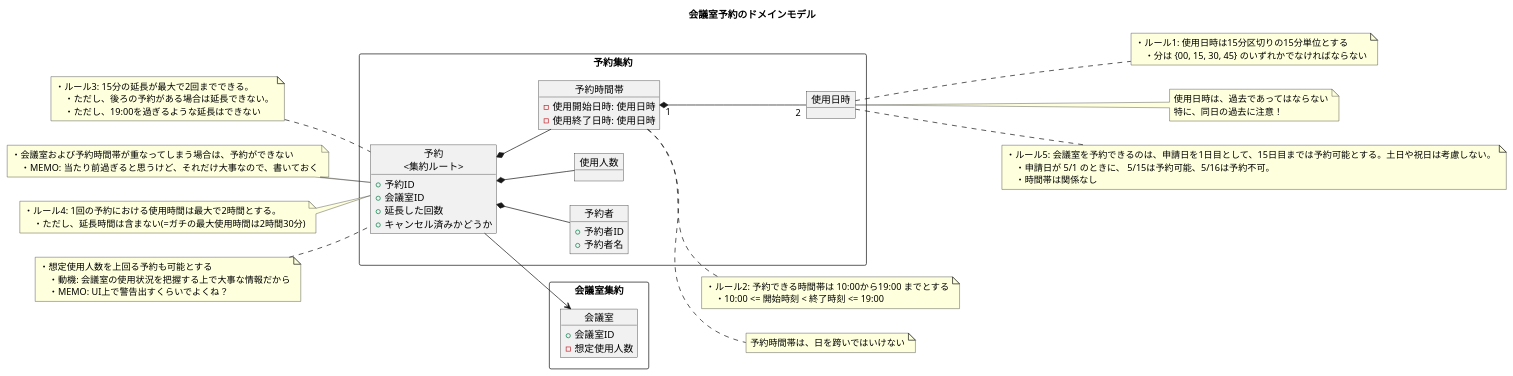
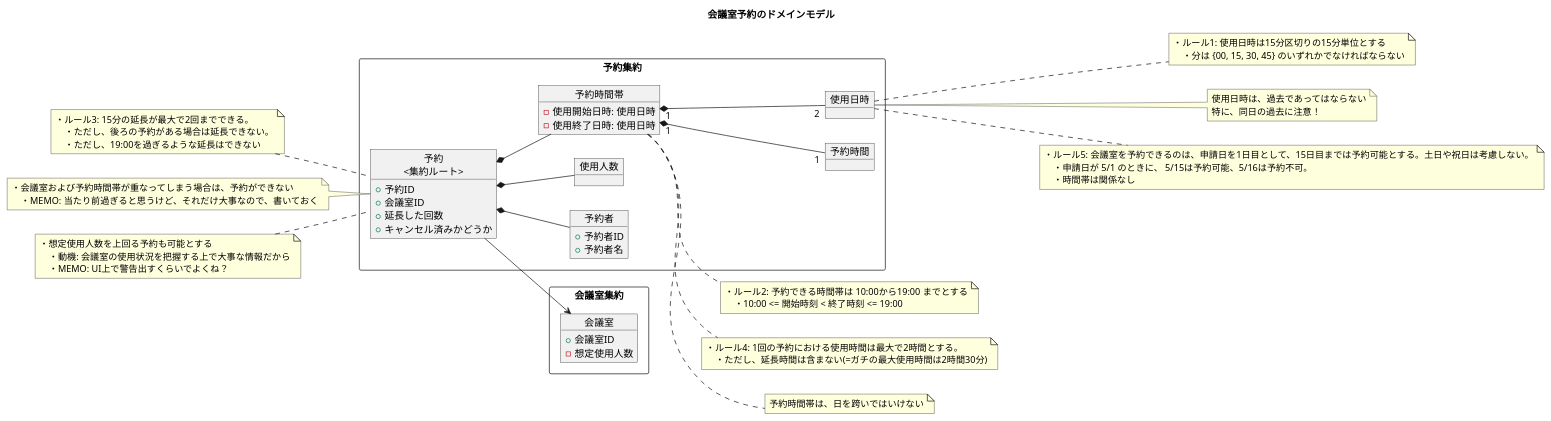
The diagram in diagram/ドメインモデル.puml (ModelingKai/meeting-room-python), drawn with PlantUML before and after one commit. The commit also changed 3 other files, not shown here.

First line of the commit message:
ドメインモデルの更新。ルール4を予約時間帯に移設。「予約時間」という概念を発見したので追加。

```diff
--- a/diagram/ドメインモデル.puml
+++ b/diagram/ドメインモデル.puml
@@ -1,101 +1,104 @@
 @startuml
 
 title 会議室予約のドメインモデル
 
 left to right direction
 
 
 rectangle 予約集約 {
     object "予約\n<集約ルート>" as c1 {
         + 予約ID
         + 会議室ID
         + 延長した回数
         + キャンセル済みかどうか
     }
 
     object 予約者 {
         + 予約者ID
         + 予約者名
     }
 
     object 使用人数 {
     }
 
     object 予約時間帯 {
         - 使用開始日時: 使用日時
         - 使用終了日時: 使用日時
     }
 
+    object 予約時間 {
+    }
+
     object 使用日時 {
     }
 }
 
 
 rectangle 会議室集約 {
     object 会議室 {
         + 会議室ID
         - 想定使用人数
     }
 }
 
 
 c1 --> 会議室
 c1 *-- 予約者
 c1 *-- 使用人数
 c1 *-- 予約時間帯
 予約時間帯 "1" *-- "2" 使用日時
+予約時間帯 "1" *-- "1" 予約時間
 
 ' ===== 予約 =====
 note left of c1
 ・ルール3: 15分の延長が最大で2回までできる。
     ・ただし、後ろの予約がある場合は延長できない。
     ・ただし、19:00を過ぎるような延長はできない
 end note
 
 note left of c1
 ・会議室および予約時間帯が重なってしまう場合は、予約ができない
     ・MEMO: 当たり前過ぎると思うけど、それだけ大事なので、書いておく
-end note
-
-note left of c1
-・ルール4: 1回の予約における使用時間は最大で2時間とする。
-    ・ただし、延長時間は含まない(=ガチの最大使用時間は2時間30分)
 end note
 
 note left of c1
 ・想定使用人数を上回る予約も可能とする
     ・動機: 会議室の使用状況を把握する上で大事な情報だから
     ・MEMO: UI上で警告出すくらいでよくね？
 end note
 
 ' ===== 予約時間帯 =====
 note right of 予約時間帯
 ・ルール2: 予約できる時間帯は 10:00から19:00 までとする
     ・10:00 <= 開始時刻 < 終了時刻 <= 19:00
 end note
 
 
+note right of 予約時間帯
+・ルール4: 1回の予約における使用時間は最大で2時間とする。
+    ・ただし、延長時間は含まない(=ガチの最大使用時間は2時間30分)
+end note
 
 note right of 予約時間帯
 予約時間帯は、日を跨いではいけない
 end note
 
 
 ' ===== 使用日時 =====
 note right of 使用日時
 ・ルール1: 使用日時は15分区切りの15分単位とする
     ・分は {00, 15, 30, 45} のいずれかでなければならない
 end note
 
 note right of 使用日時
 使用日時は、過去であってはならない
 特に、同日の過去に注意！
 end note
 
 note right of 使用日時
 ・ルール5: 会議室を予約できるのは、申請日を1日目として、15日目までは予約可能とする。土日や祝日は考慮しない。
     ・申請日が 5/1 のときに、 5/15は予約可能、5/16は予約不可。
     ・時間帯は関係なし
 end note
 
 @enduml
```
